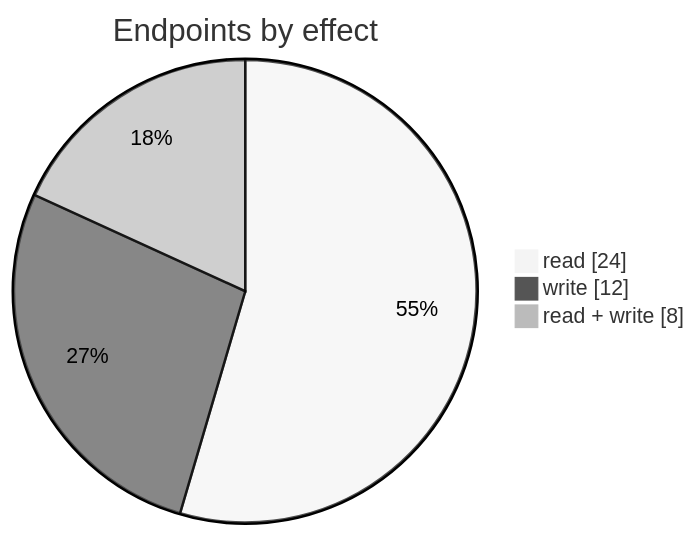
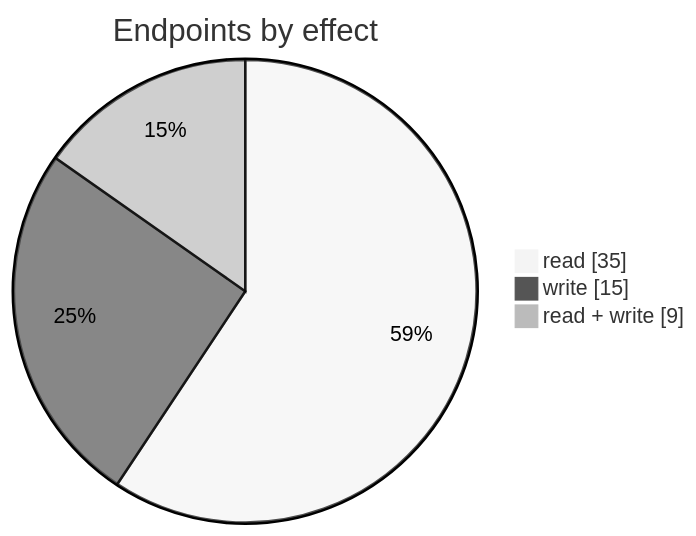
Before and after one commit to fightmilk808/cin7-core-rebuild: the first of 2 diagrams in modules/15-other/README.md, drawn with Mermaid (neutral theme). The commit also changed other lines of this file and 17 other files, not shown here.

````diff
--- a/modules/15-other/README.md
+++ b/modules/15-other/README.md
@@ -11,6 +11,6 @@
 ```mermaid
 pie showData title Endpoints by effect
-    "read" : 24
-    "write" : 12
-    "read + write" : 8
+    "read" : 35
+    "write" : 15
+    "read + write" : 9
 ```
````
